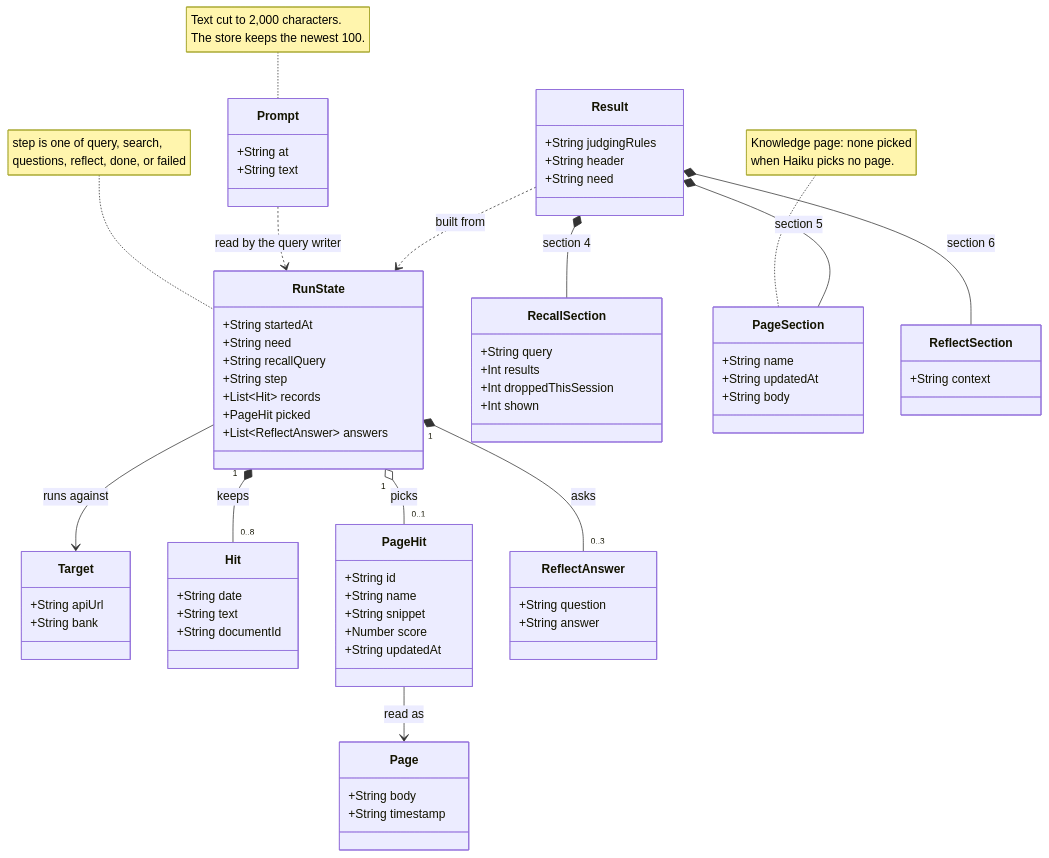
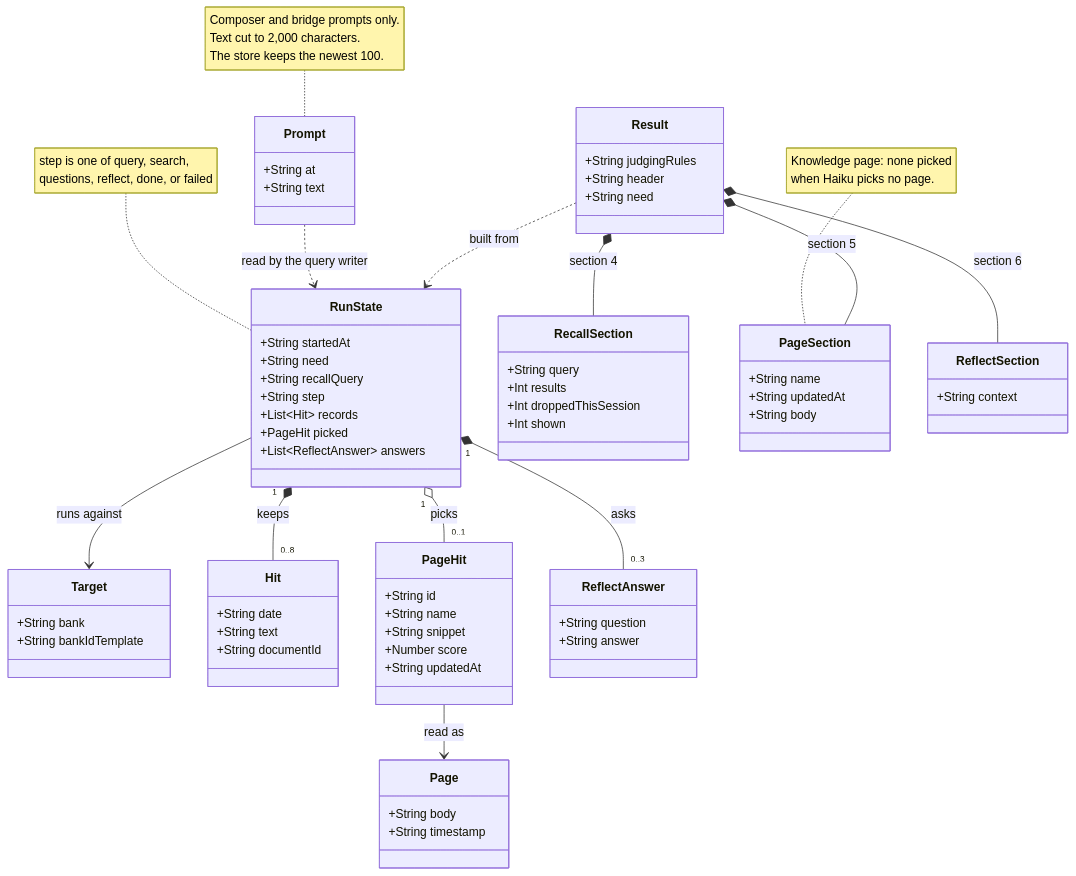
The diagram in docs/architecture/designs/cobuilder-memory/diagrams/level-3.mmd (bjornslib/cobuilder-plugin), drawn with Mermaid before and after one commit. The commit also changed 20 other files, not shown here.

```diff
--- a/docs/architecture/designs/cobuilder-memory/diagrams/level-3.mmd
+++ b/docs/architecture/designs/cobuilder-memory/diagrams/level-3.mmd
@@ -1,84 +1,84 @@
 %% Classes: the types of epic E1 and the sections of the result.
 %% Names follow contracts.md. They are design names, not code names.
 classDiagram
     class Prompt {
         +String at
         +String text
     }
 
     class Target {
-        +String apiUrl
         +String bank
+        +String bankIdTemplate
     }
 
     class RunState {
         +String startedAt
         +String need
         +String recallQuery
         +String step
         +List~Hit~ records
         +PageHit picked
         +List~ReflectAnswer~ answers
     }
 
     class Hit {
         +String date
         +String text
         +String documentId
     }
 
     class PageHit {
         +String id
         +String name
         +String snippet
         +Number score
         +String updatedAt
     }
 
     class Page {
         +String body
         +String timestamp
     }
 
     class ReflectAnswer {
         +String question
         +String answer
     }
 
     class Result {
         +String judgingRules
         +String header
         +String need
     }
 
     class RecallSection {
         +String query
         +Int results
         +Int droppedThisSession
         +Int shown
     }
 
     class PageSection {
         +String name
         +String updatedAt
         +String body
     }
 
     class ReflectSection {
         +String context
     }
 
     Prompt ..> RunState : read by the query writer
     RunState --> Target : runs against
     RunState "1" *-- "0..8" Hit : keeps
     RunState "1" o-- "0..1" PageHit : picks
     RunState "1" *-- "0..3" ReflectAnswer : asks
     PageHit --> Page : read as
     Result ..> RunState : built from
     Result *-- RecallSection : section 4
     Result *-- PageSection : section 5
     Result *-- ReflectSection : section 6
 
-    note for Prompt "Text cut to 2,000 characters.<br>The store keeps the newest 100."
+    note for Prompt "Composer and bridge prompts only.<br>Text cut to 2,000 characters.<br>The store keeps the newest 100."
     note for RunState "step is one of query, search,<br>questions, reflect, done, or failed"
     note for PageSection "Knowledge page: none picked<br>when Haiku picks no page."
```
